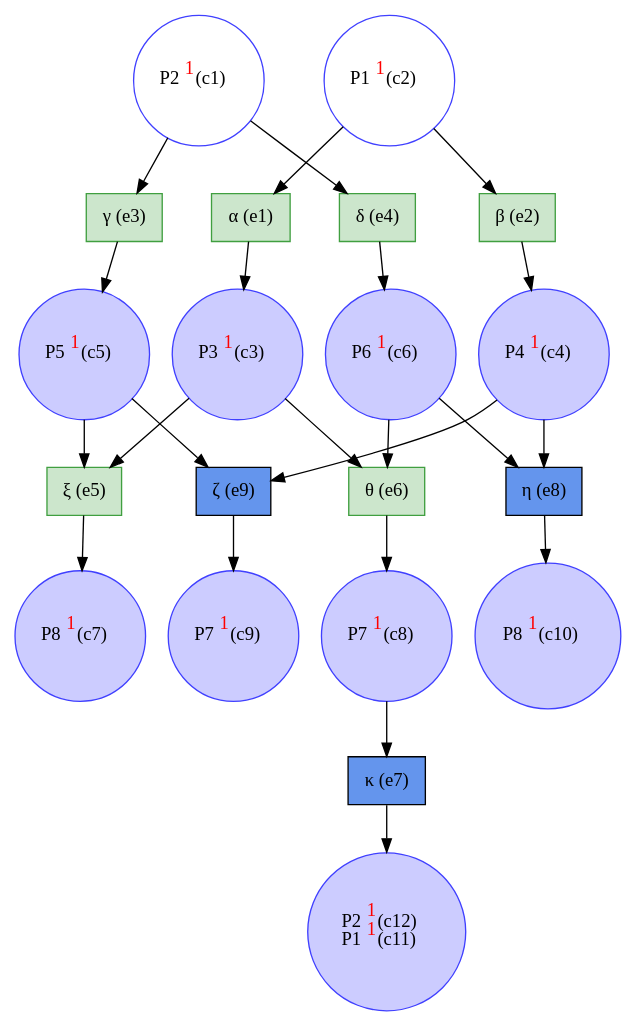
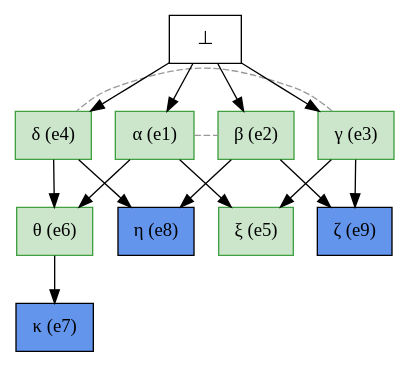
Before and after one commit to giannkas/ecofolder: the diagram in examples/comb_tipping_point/comb_tipping_point_unf.dot, drawn with Graphviz. The commit also changed 39 other files, not shown here.

```diff
--- a/examples/comb_tipping_point/comb_tipping_point_unf.dot
+++ b/examples/comb_tipping_point/comb_tipping_point_unf.dot
@@ -1,44 +1,30 @@
 digraph test {
-  c1 -> e4;
-  c1 -> e3;
-  c2 -> e2;
-  c2 -> e1;
-  e1 -> c3;
-  c3 -> e6;
-  c3 -> e5;
-  e2 -> c4;
-  c4 -> e8;
-  c4 -> e9;
-  e3 -> c5;
-  c5 -> e9;
-  c5 -> e5;
-  e4 -> c6;
-  c6 -> e8;
-  c6 -> e6;
-  e5 -> c7;
-  e6 -> c8;
-  c8 -> e7;
-  e9 -> c9;
-  e8 -> c10;
-  e7 -> c11;
-  c1 [color= "#4040ff"fillcolor="transparent" label= <<FONT COLOR ="black">P2</FONT><FONT COLOR="red"><SUP>1</SUP></FONT><FONT COLOR="black"> (c1)</FONT>> shape=circle style=filled];
-  c2 [color= "#4040ff"fillcolor="transparent" label= <<FONT COLOR ="black">P1</FONT><FONT COLOR="red"><SUP>1</SUP></FONT><FONT COLOR="black"> (c2)</FONT>> shape=circle style=filled];
-  c3 [color= "#4040ff"fillcolor="#ccccff" label= <<FONT COLOR ="black">P3</FONT><FONT COLOR="red"><SUP>1</SUP></FONT><FONT COLOR="black"> (c3)</FONT>> shape=circle style=filled];
-  c4 [color= "#4040ff"fillcolor="#ccccff" label= <<FONT COLOR ="black">P4</FONT><FONT COLOR="red"><SUP>1</SUP></FONT><FONT COLOR="black"> (c4)</FONT>> shape=circle style=filled];
-  c5 [color= "#4040ff"fillcolor="#ccccff" label= <<FONT COLOR ="black">P5</FONT><FONT COLOR="red"><SUP>1</SUP></FONT><FONT COLOR="black"> (c5)</FONT>> shape=circle style=filled];
-  c6 [color= "#4040ff"fillcolor="#ccccff" label= <<FONT COLOR ="black">P6</FONT><FONT COLOR="red"><SUP>1</SUP></FONT><FONT COLOR="black"> (c6)</FONT>> shape=circle style=filled];
-  c7 [color= "#4040ff"fillcolor="#ccccff" label= <<FONT COLOR ="black">P8</FONT><FONT COLOR="red"><SUP>1</SUP></FONT><FONT COLOR="black"> (c7)</FONT>> shape=circle style=filled];
-  c8 [color= "#4040ff"fillcolor="#ccccff" label= <<FONT COLOR ="black">P7</FONT><FONT COLOR="red"><SUP>1</SUP></FONT><FONT COLOR="black"> (c8)</FONT>> shape=circle style=filled];
-  c9 [color= "#4040ff"fillcolor="#ccccff" label= <<FONT COLOR ="black">P7</FONT><FONT COLOR="red"><SUP>1</SUP></FONT><FONT COLOR="black"> (c9)</FONT>> shape=circle style=filled];
-  c10 [color= "#4040ff"fillcolor="#ccccff" label= <<FONT COLOR ="black">P8</FONT><FONT COLOR="red"><SUP>1</SUP></FONT><FONT COLOR="black"> (c10)</FONT>> shape=circle style=filled];
-  c11 [color= "#4040ff"fillcolor="#ccccff" label= <<FONT COLOR ="black">P2</FONT><FONT COLOR="red"><SUP>1</SUP></FONT><FONT COLOR="black"> (c12)</FONT><BR/><FONT COLOR ="black">P1</FONT><FONT COLOR="red"><SUP>1</SUP></FONT><FONT COLOR="black"> (c11)</FONT>> shape=circle style=filled];
+  e1 -> e6;
+  e1 -> e5;
+  e2 -> e8;
+  e2 -> e9;
+  e3 -> e9;
+  e3 -> e5;
+  e4 -> e8;
+  e4 -> e6;
+  e6 -> e7;
+  e0 -> e1;
+  e0 -> e2;
+  e0 -> e3;
+  e0 -> e4;
+
+//conflicts
+  e1 -> e2 [arrowhead=none color=gray60 style=dashed constraint=false];
+  e3 -> e4 [arrowhead=none color=gray60 style=dashed constraint=false];
+
   e1 [color="#409f40" fillcolor="#cce6cc" label="α (e1)" shape=box style=filled];
   e2 [color="#409f40" fillcolor="#cce6cc" label="β (e2)" shape=box style=filled];
   e3 [color="#409f40" fillcolor="#cce6cc" label="γ (e3)" shape=box style=filled];
   e4 [color="#409f40" fillcolor="#cce6cc" label="δ (e4)" shape=box style=filled];
   e5 [color="#409f40" fillcolor="#cce6cc" label="ξ (e5)" shape=box style=filled];
   e6 [color="#409f40" fillcolor="#cce6cc" label="θ (e6)" shape=box style=filled];
   e7 [color=black fillcolor=cornflowerblue label="κ (e7)" shape=box style=filled];
   e8 [color=black fillcolor=cornflowerblue label="η (e8)" shape=box style=filled];
   e9 [color=black fillcolor=cornflowerblue label="ζ (e9)" shape=box style=filled];
+  e0 [fillcolor=white label="⊥" shape=box style=filled];
 }
```
